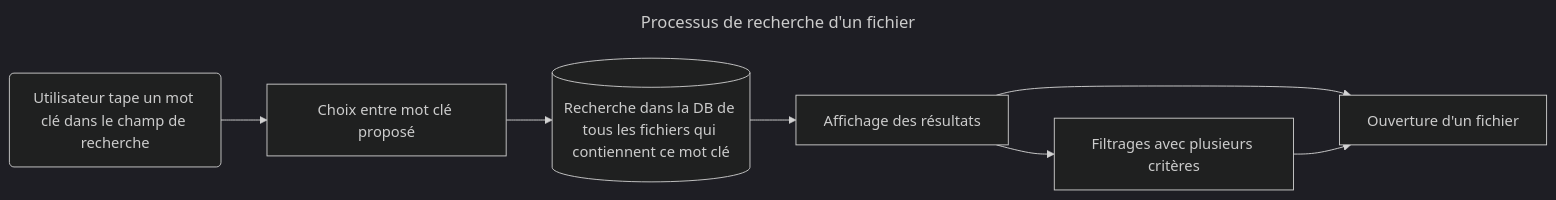
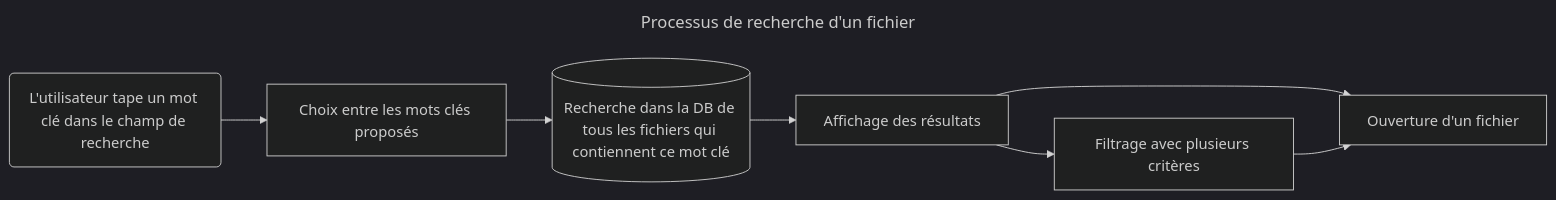
One commit to Zbebz/caverne-dAli-baba changed the fourth of 4 diagrams in rapport.md. Above: the diagram before and after it, drawn with Mermaid (dark theme). The commit also changed other lines of this file, not shown here.

````diff
--- a/rapport.md
+++ b/rapport.md
@@ -221,8 +221,8 @@
 ```mermaid
 ---
 title: Processus de recherche d'un fichier
 ---
 flowchart LR
-id1("`Utilisateur tape un mot clé dans le champ de recherche`")-->id2[Choix entre mot clé proposé]-->id3[("`Recherche dans la DB de tous les fichiers qui contiennent ce mot clé`")]-->id4["`Affichage des résultats`" ]-->id5["`Ouverture d'un fichier`" ]
-id4-->id6["`Filtrages avec plusieurs critères`" ]-->id5
+id1("`L'utilisateur tape un mot clé dans le champ de recherche`")-->id2[Choix entre les mots clés proposés]-->id3[("`Recherche dans la DB de tous les fichiers qui contiennent ce mot clé`")]-->id4["`Affichage des résultats`" ]-->id5["`Ouverture d'un fichier`" ]
+id4-->id6["`Filtrage avec plusieurs critères`" ]-->id5
 ```
````
